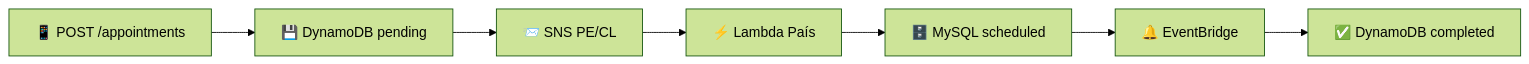
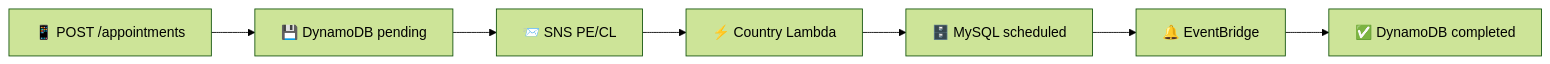
The first of 2 diagrams in README.md (kedeinroga/medical-appointment-scheduling), drawn with Mermaid (forest theme) before and after one commit. The commit also changed other lines of this file and 7 other files, not shown here.

````diff
--- a/README.md
+++ b/README.md
@@ -31,9 +31,9 @@
 ```mermaid
 graph LR
     A[📱 POST /appointments] --> B[💾 DynamoDB pending]
     B --> C[📨 SNS PE/CL]
-    C --> D[⚡ Lambda País]
+    C --> D[⚡ Country Lambda]
     D --> E[🗄️ MySQL scheduled]
     E --> F[🔔 EventBridge]
     F --> G[✅ DynamoDB completed]
 ```
````
